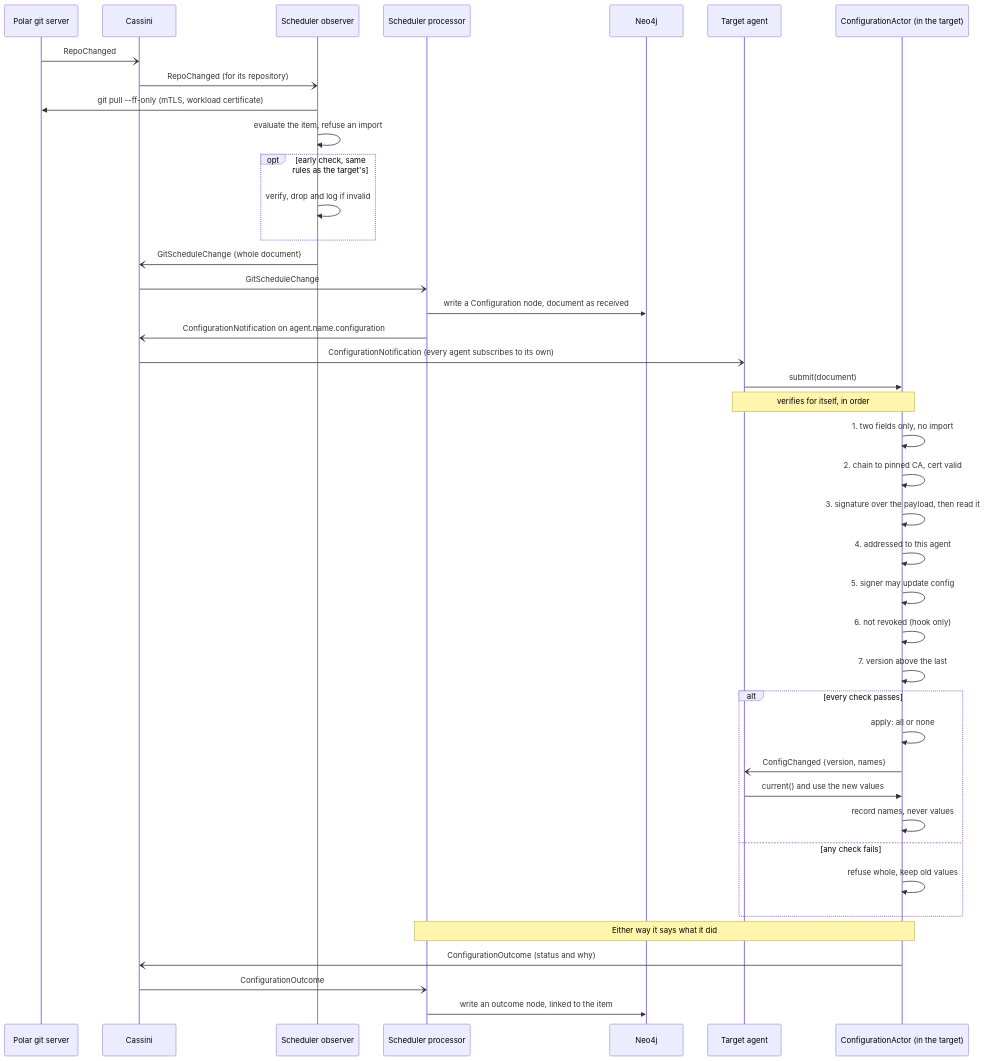
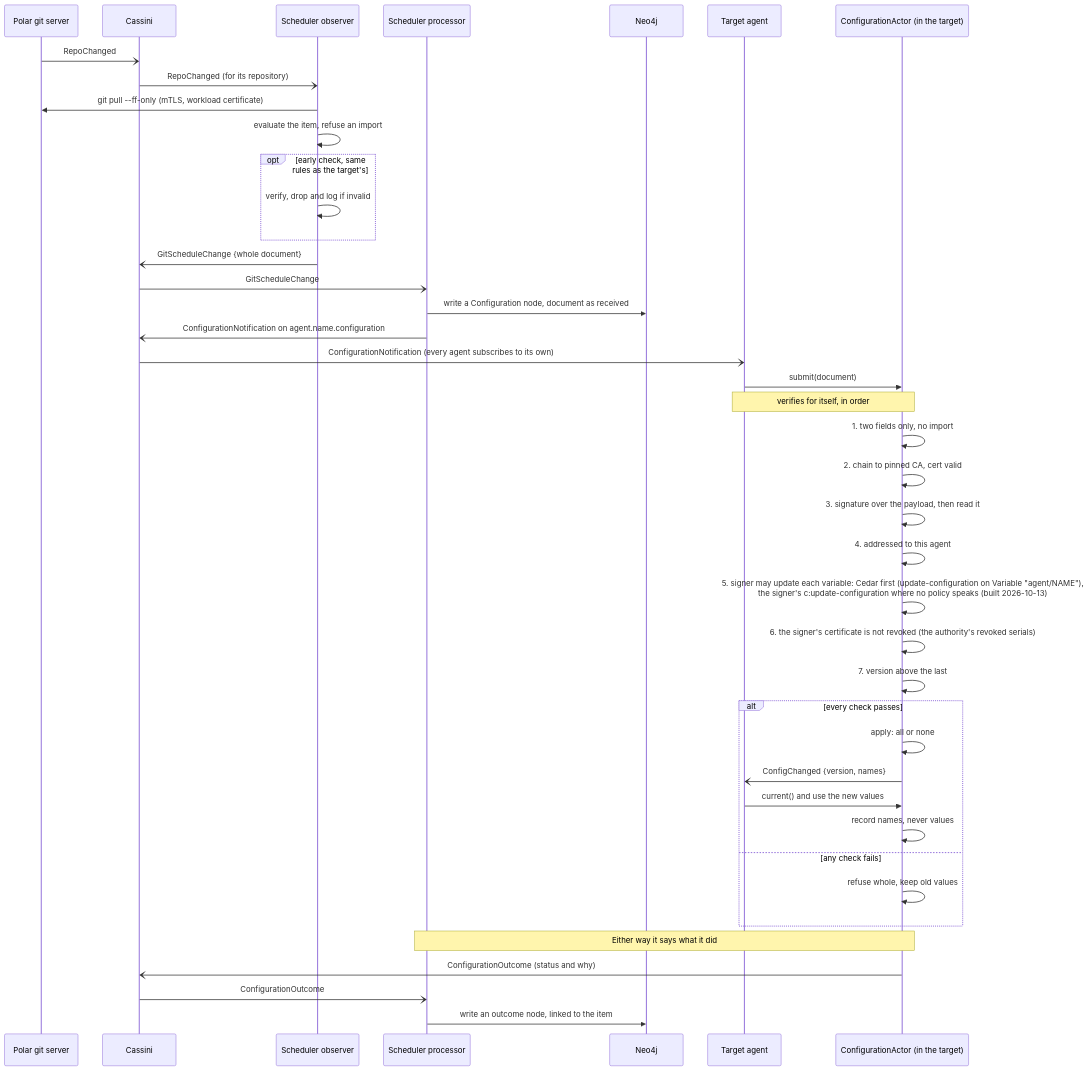
Before and after one commit to cmu-sei/Polar: the diagram in docs/architecture/sequences/general/signed_configuration_delivery.mmd, drawn with Mermaid. The commit also changed 25 other files, not shown here.

```diff
--- a/docs/architecture/sequences/general/signed_configuration_delivery.mmd
+++ b/docs/architecture/sequences/general/signed_configuration_delivery.mmd
@@ -1,64 +1,64 @@
 %% ACE Tool
 %%
 %% Copyright 2026 Carnegie Mellon University.
 %%
 %% NO WARRANTY. THIS CARNEGIE MELLON UNIVERSITY AND SOFTWARE ENGINEERING INSTITUTE MATERIAL IS
 %% FURNISHED ON AN "AS-IS" BASIS. CARNEGIE MELLON UNIVERSITY MAKES NO WARRANTIES OF ANY KIND, EITHER
 %% EXPRESSED OR IMPLIED, AS TO ANY MATTER INCLUDING, BUT NOT LIMITED TO, WARRANTY OF FITNESS FOR
 %% PURPOSE OR MERCHANTABILITY, EXCLUSIVITY, OR RESULTS OBTAINED FROM USE OF THE MATERIAL. CARNEGIE
 %% MELLON UNIVERSITY DOES NOT MAKE ANY WARRANTY OF ANY KIND WITH RESPECT TO FREEDOM FROM PATENT,
 %% TRADEMARK, OR COPYRIGHT INFRINGEMENT.
 %%
 %% Licensed under a MIT (SEI)-style license, please see license.txt or contact
 %% permission@sei.cmu.edu for full terms.
 %%
 %% [DISTRIBUTION STATEMENT A] This material has been approved for public release and unlimited
 %% distribution.  Please see Copyright notice for non-US Government use and distribution.
 %%
 %% This Software includes and/or makes use of Third-Party Software each subject to its own license.
 %%
 %% DM26-0670
 
 sequenceDiagram
     participant Server as Polar git server
     participant Cassini
     participant Observer as Scheduler observer
     participant Processor as Scheduler processor
     participant Graph as Neo4j
     participant Target as Target agent
     participant CA as ConfigurationActor (in the target)
 
     Server-)Cassini: RepoChanged
     Cassini-)Observer: RepoChanged (for its repository)
     Observer->>Server: git pull --ff-only (mTLS, workload certificate)
     Observer->>Observer: evaluate the item, refuse an import
     opt early check, same rules as the target's
         Observer->>Observer: verify, drop and log if invalid
     end
     Observer-)Cassini: GitScheduleChange {whole document}
     Cassini-)Processor: GitScheduleChange
     Processor->>Graph: write a Configuration node, document as received
     Processor-)Cassini: ConfigurationNotification on agent.name.configuration
     Cassini-)Target: ConfigurationNotification (every agent subscribes to its own)
     Target->>CA: submit(document)
 
     Note over Target,CA: verifies for itself, in order
     CA->>CA: 1. two fields only, no import
     CA->>CA: 2. chain to pinned CA, cert valid
     CA->>CA: 3. signature over the payload, then read it
     CA->>CA: 4. addressed to this agent
-    CA->>CA: 5. signer may update config
-    CA->>CA: 6. not revoked (hook only)
+    CA->>CA: 5. signer may update each variable: Cedar first (update-configuration on Variable "agent/NAME"),<br/>the signer's c:update-configuration where no policy speaks (built 2026-10-13)
+    CA->>CA: 6. the signer's certificate is not revoked (the authority's revoked serials)
     CA->>CA: 7. version above the last
     alt every check passes
         CA->>CA: apply: all or none
         CA-)Target: ConfigChanged {version, names}
         Target->>CA: current() and use the new values
         CA->>CA: record names, never values
     else any check fails
         CA->>CA: refuse whole, keep old values
     end
     Note over CA,Processor: Either way it says what it did
     CA-)Cassini: ConfigurationOutcome (status and why)
     Cassini-)Processor: ConfigurationOutcome
     Processor->>Graph: write an outcome node, linked to the item
```
